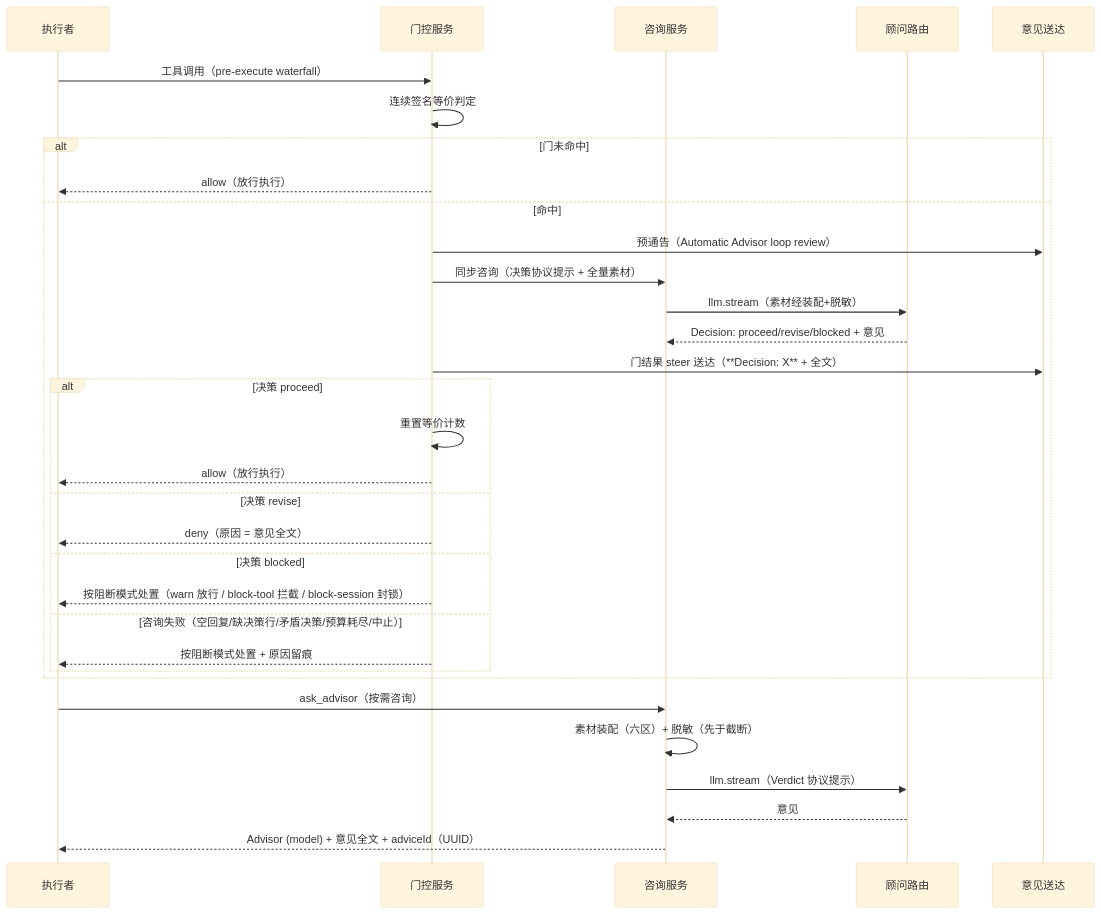
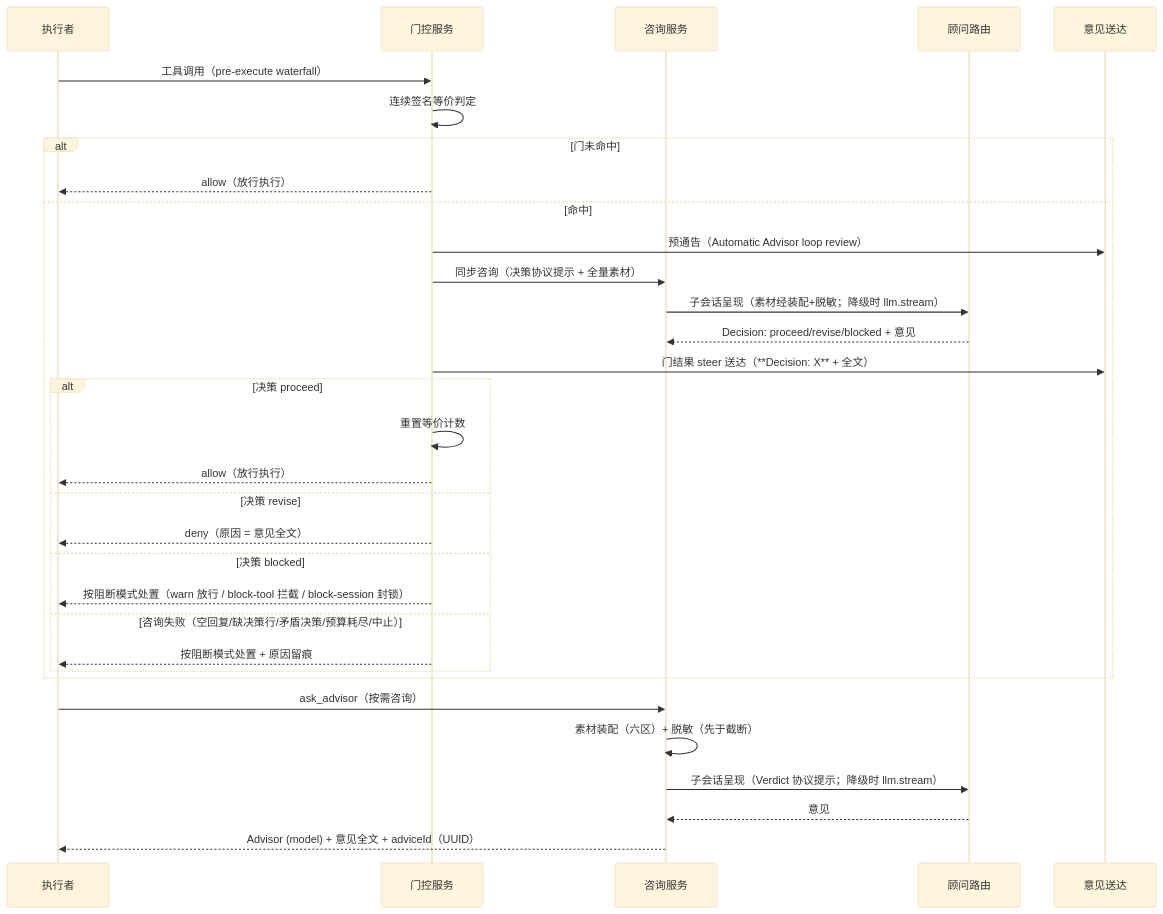
One commit to ccll/dsh-advisor-flow changed the fourth of 9 diagrams in SOLUTION.md. Above: the diagram before and after it, drawn with Mermaid (base theme). The commit also changed other lines of this file and 17 other files, not shown here.

First line of the commit message:
⭐ 功能(advisor-flow): 咨询以 one-shot 子会话呈现，直调降级保留

````diff
--- a/SOLUTION.md
+++ b/SOLUTION.md
@@ -138,34 +141,34 @@
 ```mermaid
 sequenceDiagram
     participant E as 执行者
     participant G as 门控服务
     participant C as 咨询服务
     participant A as 顾问路由
     participant D as 意见送达
     E->>G: 工具调用（pre-execute waterfall）
     G->>G: 连续签名等价判定
     alt 门未命中
         G-->>E: allow（放行执行）
     else 命中
         G->>D: 预通告（Automatic Advisor loop review）
         G->>C: 同步咨询（决策协议提示 + 全量素材）
-        C->>A: llm.stream（素材经装配+脱敏）
+        C->>A: 子会话呈现（素材经装配+脱敏；降级时 llm.stream）
         A-->>C: Decision: proceed/revise/blocked + 意见
         G->>D: 门结果 steer 送达（**Decision: X** + 全文）
         alt 决策 proceed
             G->>G: 重置等价计数
             G-->>E: allow（放行执行）
         else 决策 revise
             G-->>E: deny（原因 = 意见全文）
         else 决策 blocked
             G-->>E: 按阻断模式处置（warn 放行 / block-tool 拦截 / block-session 封锁）
         else 咨询失败（空回复/缺决策行/矛盾决策/预算耗尽/中止）
             G-->>E: 按阻断模式处置 + 原因留痕
         end
     end
     E->>C: ask_advisor（按需咨询）
     C->>C: 素材装配（六区）+ 脱敏（先于截断）
-    C->>A: llm.stream（Verdict 协议提示）
+    C->>A: 子会话呈现（Verdict 协议提示；降级时 llm.stream）
     A-->>C: 意见
     C-->>E: Advisor (model) + 意见全文 + adviceId（UUID）
 ```
````
